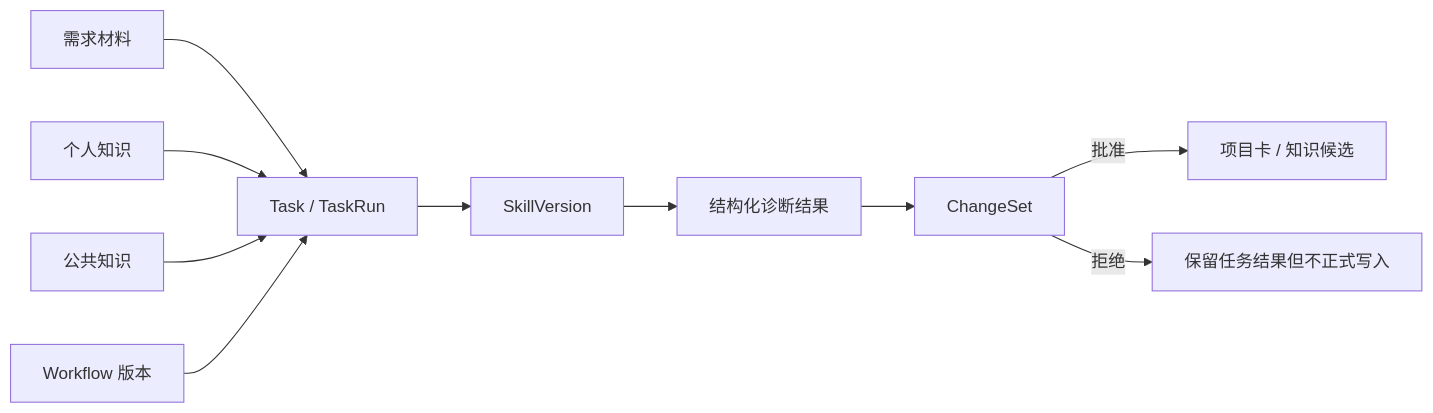
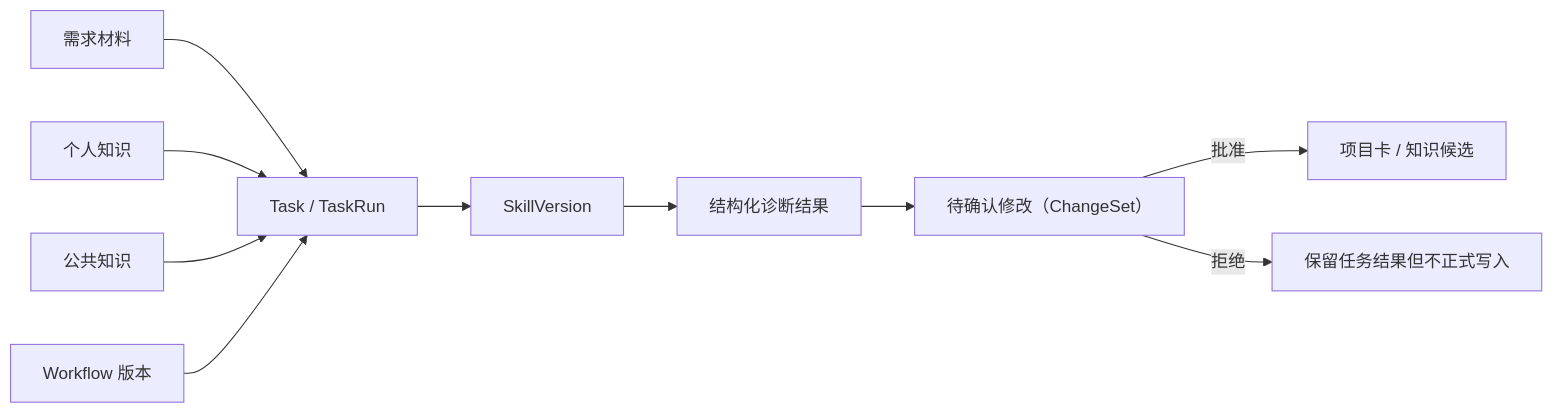
One commit to gnedhy/honghao-ai-workbench changed the diagram in 开工文档/02-核心数据与状态关系.md. Above: the diagram before and after it, drawn with Mermaid. The commit also changed other lines of this file and 8 other files, not shown here.

````diff
--- a/开工文档/02-核心数据与状态关系.md
+++ b/开工文档/02-核心数据与状态关系.md
@@ -29,12 +29,12 @@
 ```mermaid
 flowchart LR
     A["需求材料"] --> B["Task / TaskRun"]
     K1["个人知识"] --> B
     K2["公共知识"] --> B
     B --> S["SkillVersion"]
     W["Workflow 版本"] --> B
     S --> O["结构化诊断结果"]
-    O --> C["ChangeSet"]
+    O --> C["待确认修改（ChangeSet）"]
     C -->|批准| P["项目卡 / 知识候选"]
     C -->|拒绝| R["保留任务结果但不正式写入"]
 ```
````
